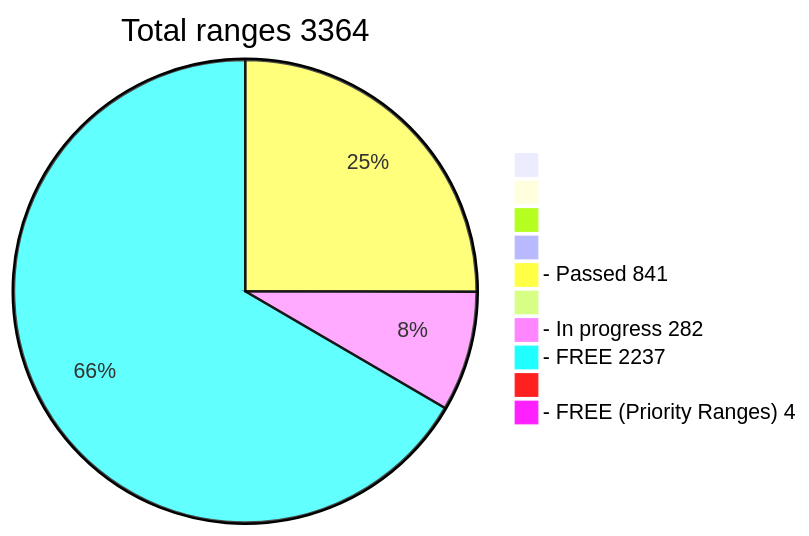
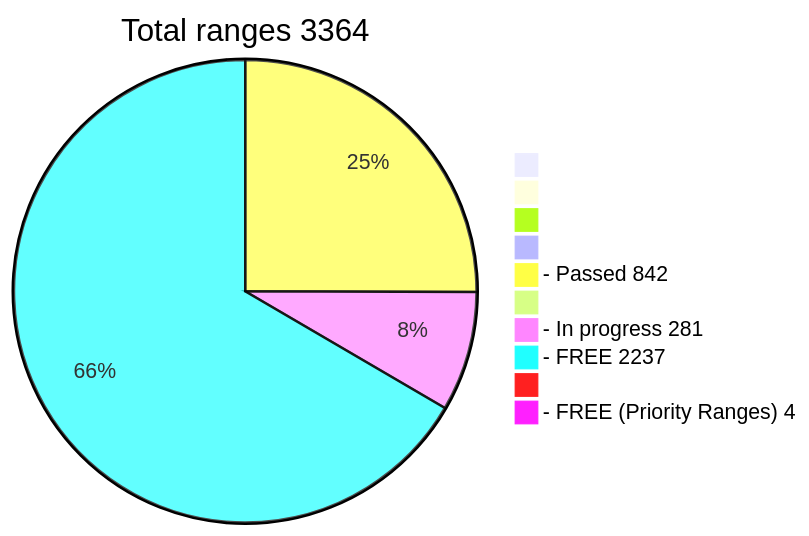
One commit to phrutis/wif500 changed the diagram in README.md. Above: the diagram before and after it, drawn with Mermaid.

````diff
--- a/README.md
+++ b/README.md
@@ -16,13 +16,13 @@
 ```mermaid
 pie title Total ranges 3364
              " " : 0
             "  " : 0
            "   " : 0
           "    " : 0
-  "- Passed 841" : 841
+  "- Passed 842" : 842
          "     " : 0
-  "- In progress 282" : 282
+  "- In progress 281" : 281
    "- FREE 2237" : 2237
         "      " : 0
   "- FREE (Priority Ranges) 4" : 4
 ```
````
